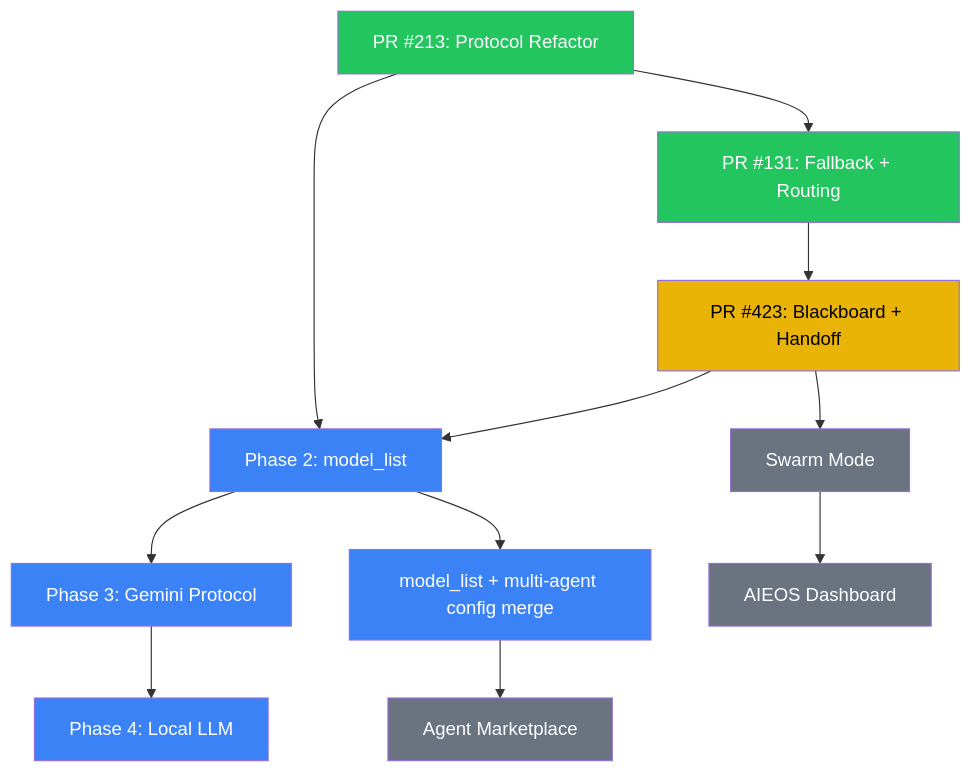
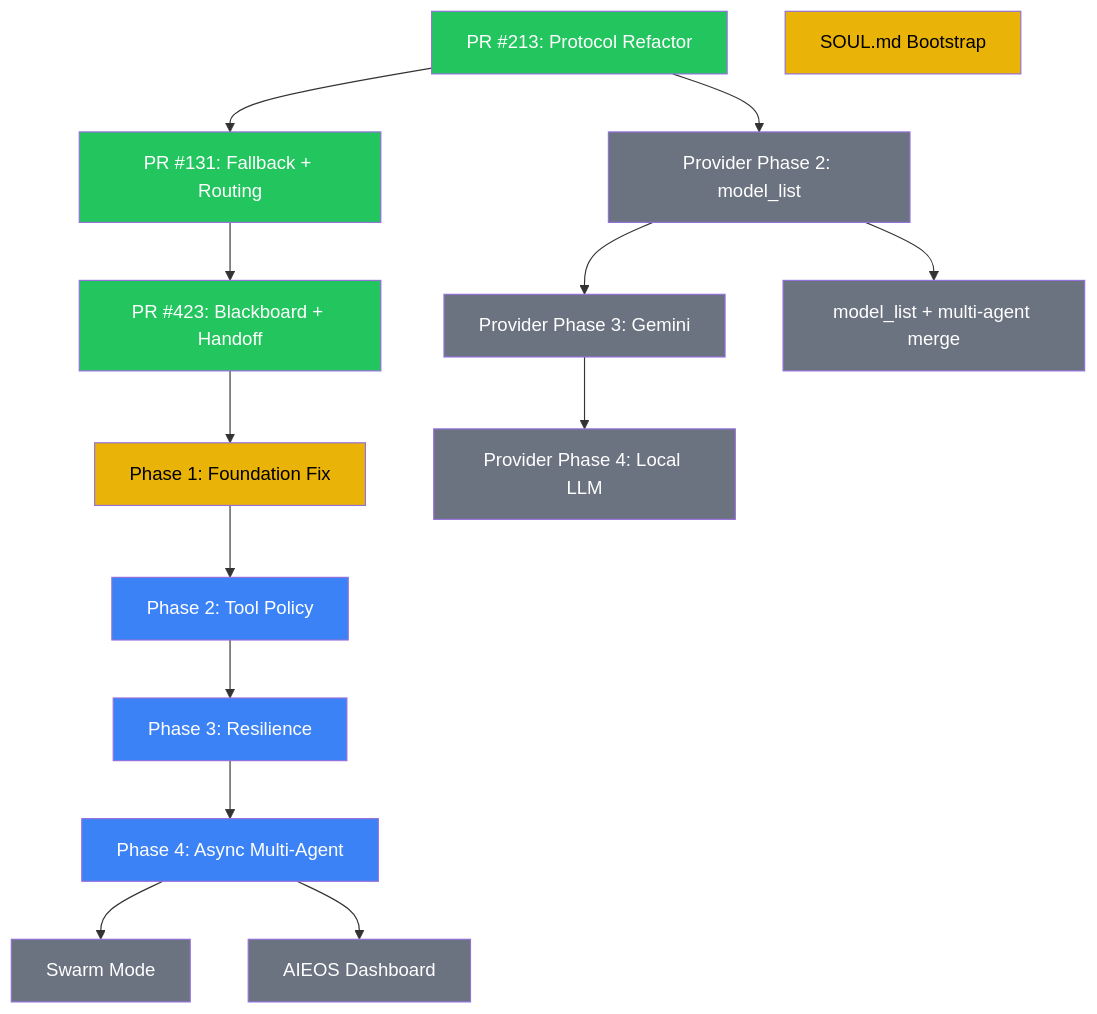
One commit to sipeed/picoclaw changed the second of 2 diagrams in docs/architecture/roadmap.md. Above: the diagram before and after it, drawn with Mermaid. The commit also changed other lines of this file and 4 other files, not shown here.

First line of the commit message:
docs: add PRP and update architecture with hardening roadmap

````diff
--- a/docs/architecture/roadmap.md
+++ b/docs/architecture/roadmap.md
@@ -76,18 +86,25 @@
 ```mermaid
 graph TD
     PR213[PR #213: Protocol Refactor]:::done --> PR131[PR #131: Fallback + Routing]:::done
-    PR131 --> PR423[PR #423: Blackboard + Handoff]:::active
-    PR213 --> P2[Phase 2: model_list]:::planned
-    P2 --> P3[Phase 3: Gemini Protocol]:::planned
-    P3 --> P4[Phase 4: Local LLM]:::planned
-    PR423 --> SWARM[Swarm Mode]:::future
-    PR423 --> P2
-    P2 --> MCONFIG[model_list + multi-agent config merge]:::planned
-    SWARM --> DASH[AIEOS Dashboard]:::future
-    MCONFIG --> MARKET[Agent Marketplace]:::future
+    PR131 --> PR423[PR #423: Blackboard + Handoff]:::done
+
+    PR423 --> H1[Phase 1: Foundation Fix]:::active
+    H1 --> H2[Phase 2: Tool Policy]:::planned
+    H2 --> H3[Phase 3: Resilience]:::planned
+    H3 --> H4[Phase 4: Async Multi-Agent]:::planned
+
+    PR213 --> P2[Provider Phase 2: model_list]:::future
+    P2 --> P3[Provider Phase 3: Gemini]:::future
+    P3 --> P4[Provider Phase 4: Local LLM]:::future
+
+    SOUL[SOUL.md Bootstrap]:::active
+
+    H4 --> SWARM[Swarm Mode]:::future
+    H4 --> DASH[AIEOS Dashboard]:::future
+    P2 --> MCONFIG[model_list + multi-agent merge]:::future
 
     classDef done fill:#22c55e,color:#fff
     classDef active fill:#eab308,color:#000
     classDef planned fill:#3b82f6,color:#fff
     classDef future fill:#6b7280,color:#fff
 ```
````
